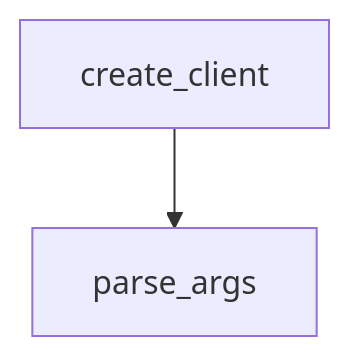
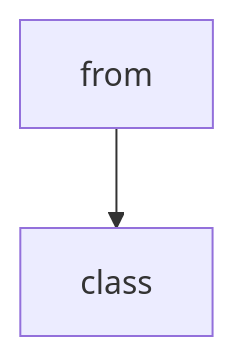
Before and after one commit to johnxie/awesome-code-docs: the diagram in tutorials/claude-quickstarts-tutorial/07-evaluation-guardrails.md, drawn with Mermaid. The commit also changed other lines of this file and 1232 other files, not shown here.

````diff
--- a/tutorials/claude-quickstarts-tutorial/07-evaluation-guardrails.md
+++ b/tutorials/claude-quickstarts-tutorial/07-evaluation-guardrails.md
@@ -175,6 +173,6 @@
 ```mermaid
 flowchart TD
-    A[create_client]
-    B[parse_args]
+    A[from]
+    B[class]
     A --> B
 ```
````
